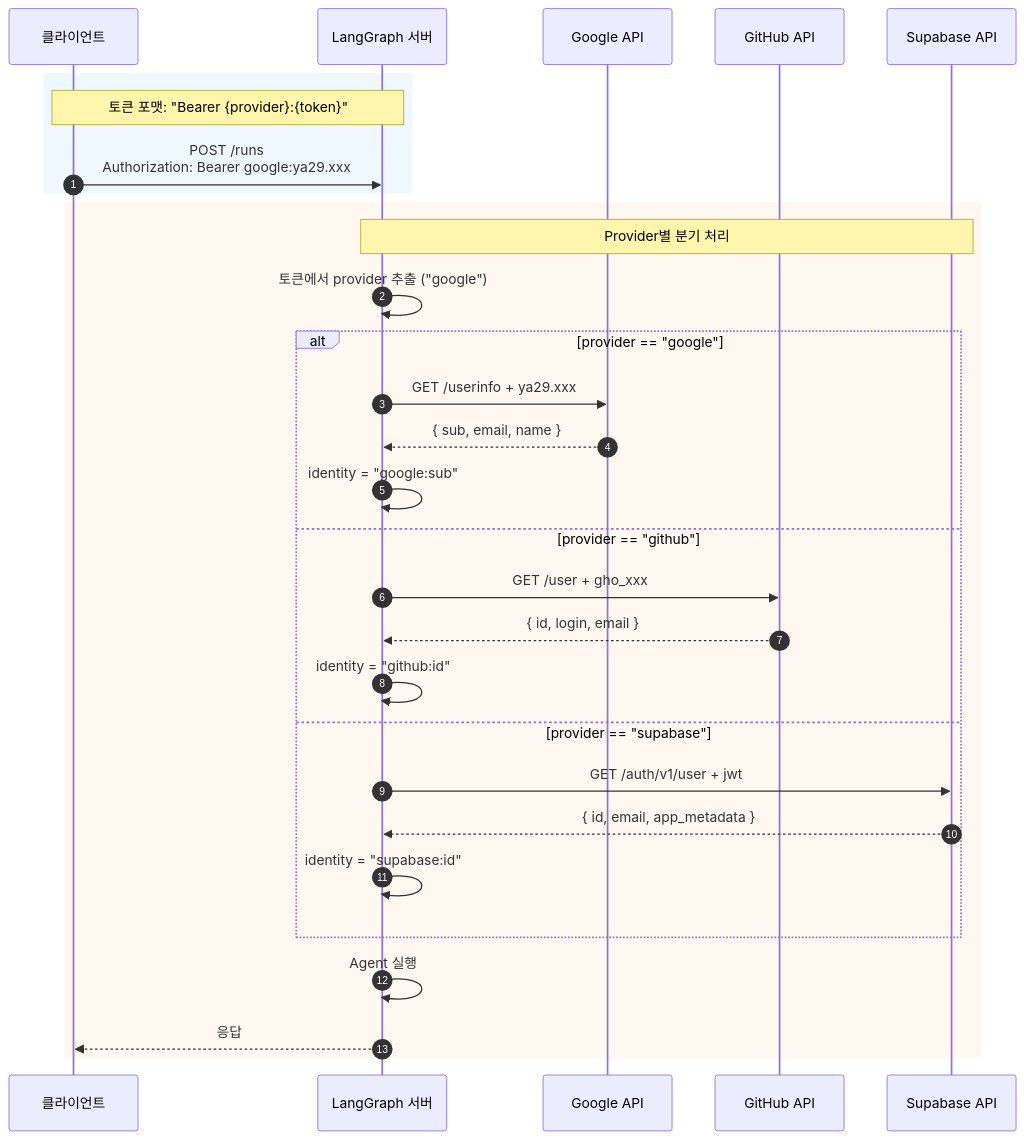
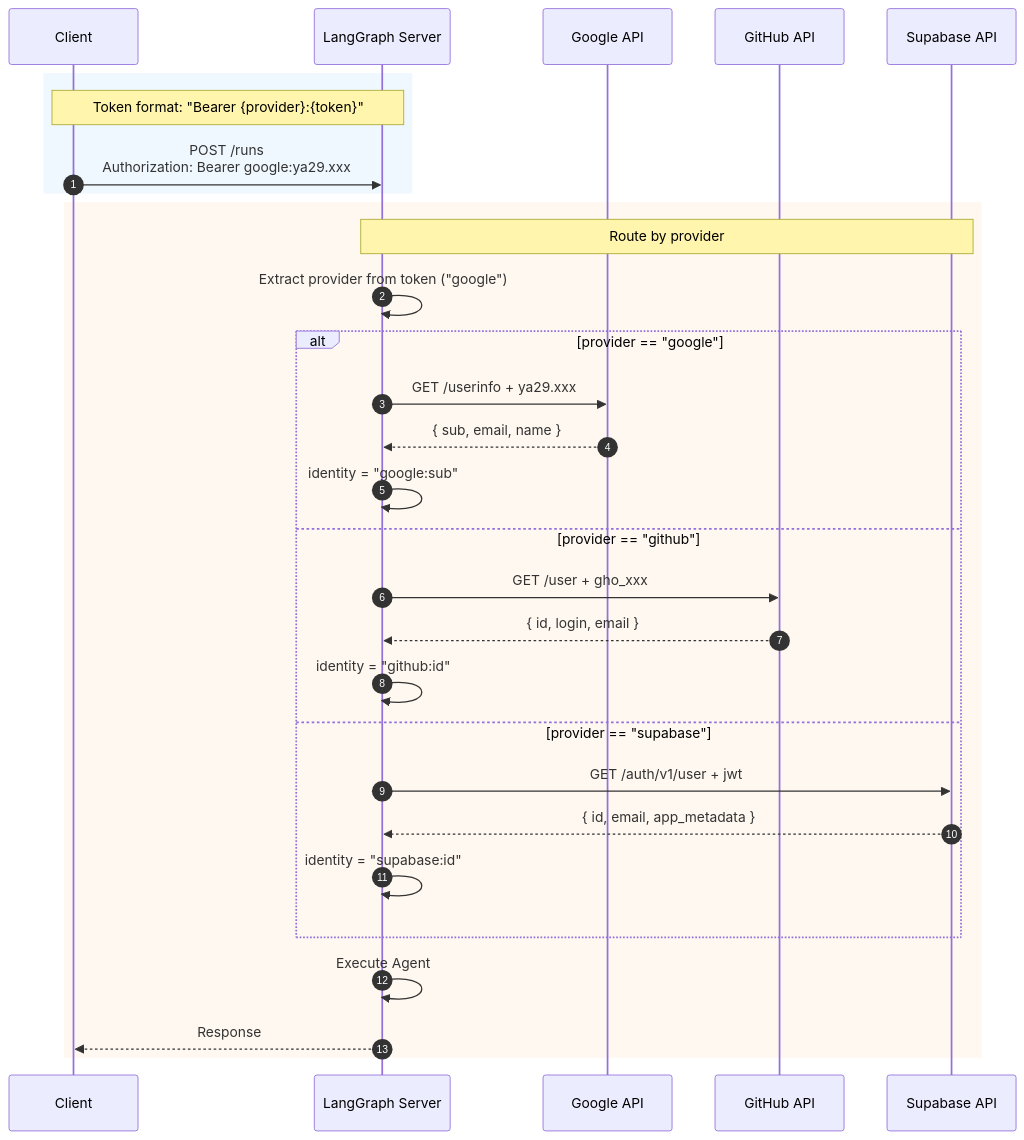
Before and after one commit to braincrew-lab/langgraph-chat-ui: the sixth of 7 diagrams in docs/04-OAUTH-DIRECT.md, drawn with Mermaid. The commit also changed other lines of this file and 24 other files, not shown here.

````diff
--- a/docs/04-OAUTH-DIRECT.md
+++ b/docs/04-OAUTH-DIRECT.md
@@ -499,36 +499,36 @@
 ```mermaid
 sequenceDiagram
     autonumber
-    participant Client as 클라이언트
-    participant LangGraph as LangGraph 서버
+    participant Client as Client
+    participant LangGraph as LangGraph Server
     participant Google as Google API
     participant GitHub as GitHub API
     participant Supabase as Supabase API
 
     rect rgb(240, 248, 255)
-        Note over Client,LangGraph: 토큰 포맷: "Bearer {provider}:{token}"
+        Note over Client,LangGraph: Token format: "Bearer {provider}:{token}"
         Client->>LangGraph: POST /runs<br/>Authorization: Bearer google:ya29.xxx
     end
 
     rect rgb(255, 248, 240)
-        Note over LangGraph,Supabase: Provider별 분기 처리
-        LangGraph->>LangGraph: 토큰에서 provider 추출 ("google")
+        Note over LangGraph,Supabase: Route by provider
+        LangGraph->>LangGraph: Extract provider from token ("google")
 
         alt provider == "google"
             LangGraph->>Google: GET /userinfo + ya29.xxx
             Google-->>LangGraph: { sub, email, name }
             LangGraph->>LangGraph: identity = "google:sub"
         else provider == "github"
             LangGraph->>GitHub: GET /user + gho_xxx
             GitHub-->>LangGraph: { id, login, email }
             LangGraph->>LangGraph: identity = "github:id"
         else provider == "supabase"
             LangGraph->>Supabase: GET /auth/v1/user + jwt
             Supabase-->>LangGraph: { id, email, app_metadata }
             LangGraph->>LangGraph: identity = "supabase:id"
         end
 
-        LangGraph->>LangGraph: Agent 실행
-        LangGraph-->>Client: 응답
+        LangGraph->>LangGraph: Execute Agent
+        LangGraph-->>Client: Response
     end
 ```
````
